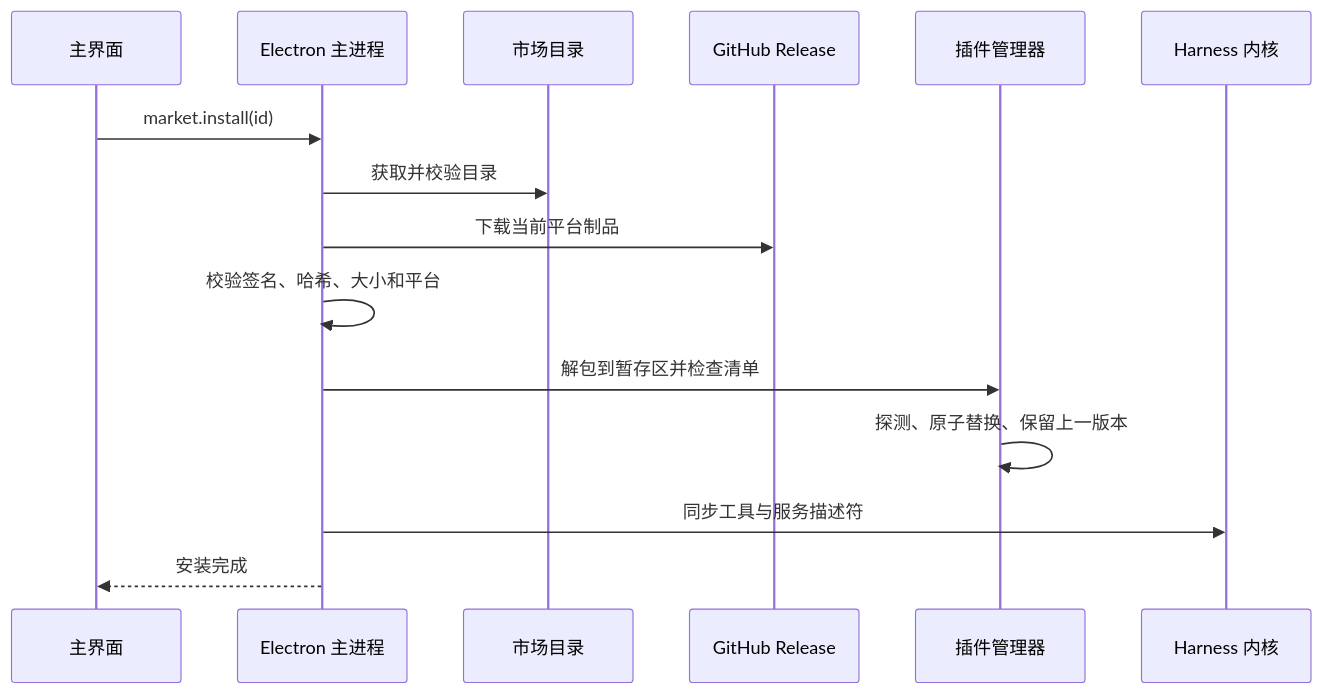
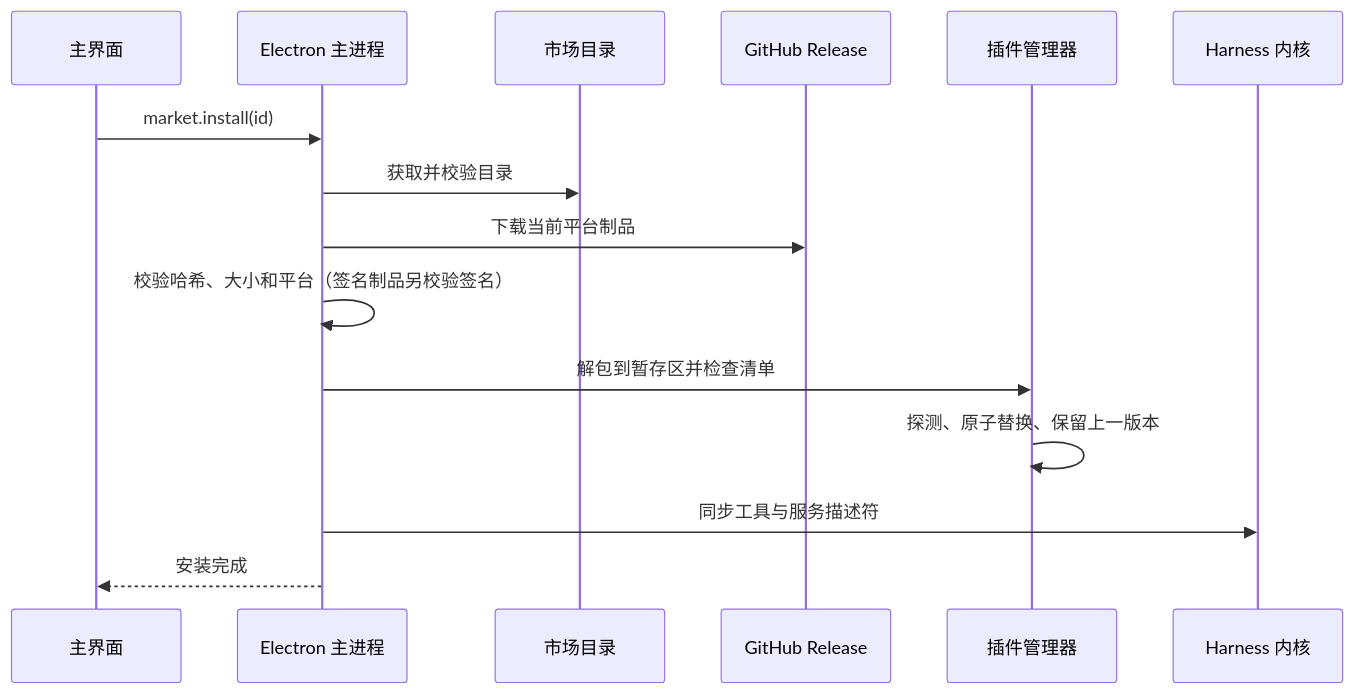
One commit to ZhiPenTu/qingzuo-desktop changed the second of 3 diagrams in docs/architecture.md. Above: the diagram before and after it, drawn with Mermaid. The commit also changed other lines of this file and 3 other files, not shown here.

````diff
--- a/docs/architecture.md
+++ b/docs/architecture.md
@@ -99,18 +108,18 @@
 ```mermaid
 sequenceDiagram
   participant UI as 主界面
   participant Main as Electron 主进程
   participant Market as 市场目录
   participant Release as GitHub Release
   participant Manager as 插件管理器
   participant Kernel as Harness 内核
 
   UI->>Main: market.install(id)
   Main->>Market: 获取并校验目录
   Main->>Release: 下载当前平台制品
-  Main->>Main: 校验签名、哈希、大小和平台
+  Main->>Main: 校验哈希、大小和平台（签名制品另校验签名）
   Main->>Manager: 解包到暂存区并检查清单
   Manager->>Manager: 探测、原子替换、保留上一版本
   Main->>Kernel: 同步工具与服务描述符
   Main-->>UI: 安装完成
 ```
````
